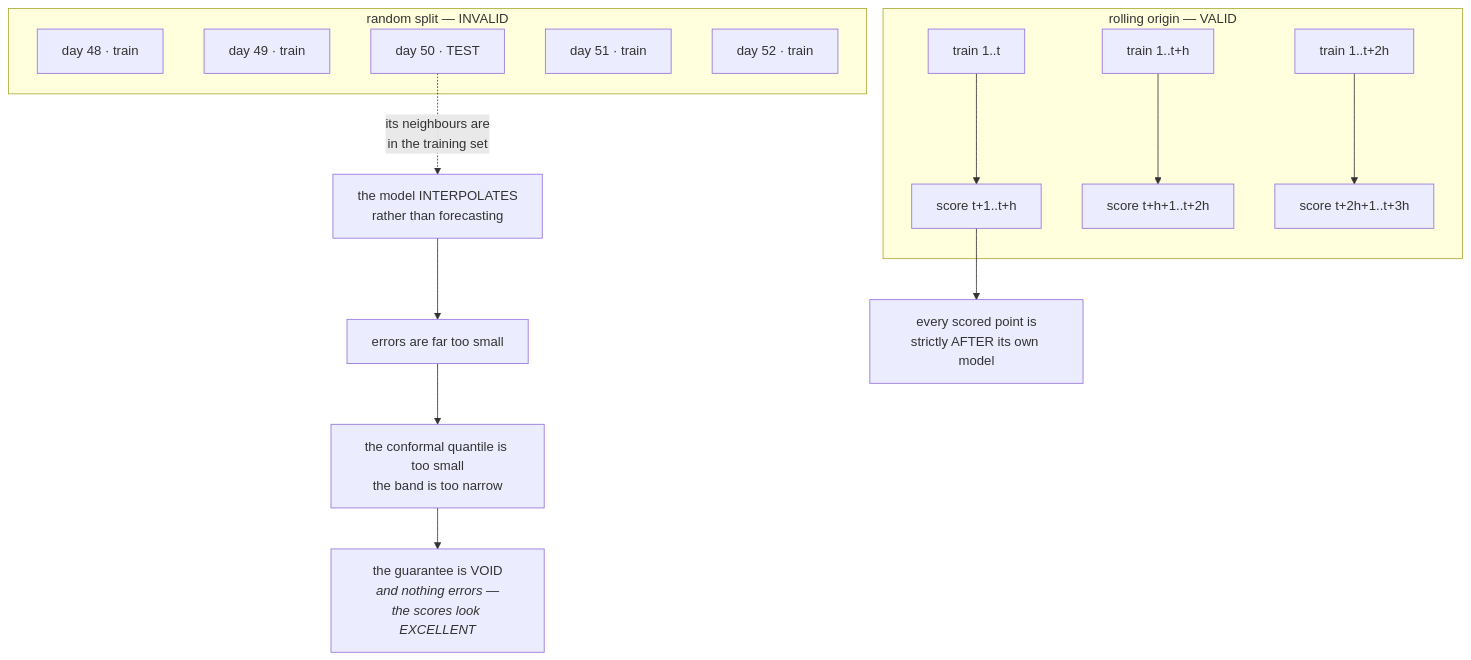
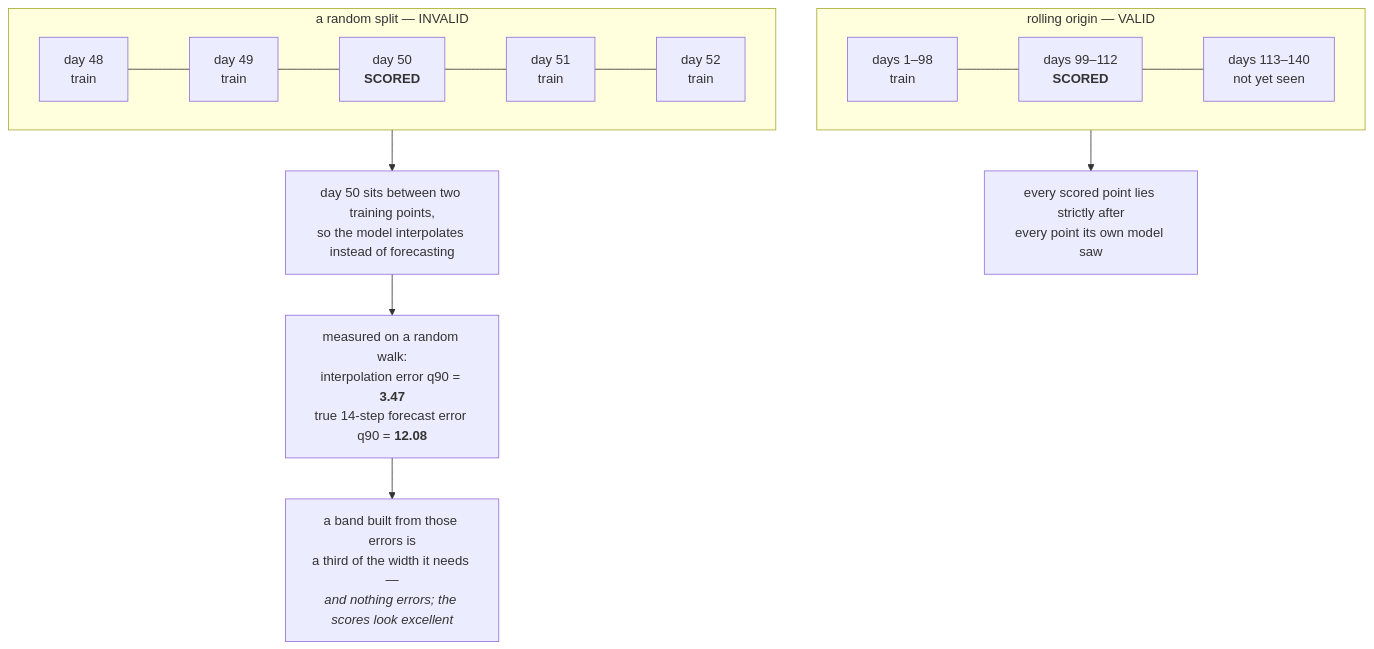
Before and after one commit to yrevash/aegis: the second of 5 diagrams in docs/teaching/forecast/40-diagrams.md, drawn with Mermaid. The commit also changed other lines of this file and 111 other files, not shown here.

````diff
--- a/docs/teaching/forecast/40-diagrams.md
+++ b/docs/teaching/forecast/40-diagrams.md
@@ -48,23 +52,18 @@
 ```mermaid
 flowchart TB
-    subgraph RAND["random split — INVALID"]
-        R1["day 48 · train"]
-        R2["day 49 · train"]
-        R3["day 50 · TEST"]
-        R4["day 51 · train"]
-        R5["day 52 · train"]
+    subgraph BAD["a random split — INVALID"]
+        direction LR
+        B1["day 48<br/>train"] --- B2["day 49<br/>train"] --- B3["day 50<br/><b>SCORED</b>"] --- B4["day 51<br/>train"] --- B5["day 52<br/>train"]
     end
 
-    R3 -.->|"its neighbours are<br/>in the training set"| INTERP["the model INTERPOLATES<br/>rather than forecasting"]
-    INTERP --> SMALL["errors are far too small"]
-    SMALL --> NARROW["the conformal quantile is too small<br/>the band is too narrow"]
-    NARROW --> VOID["the guarantee is VOID<br/><i>and nothing errors —<br/>the scores look EXCELLENT</i>"]
-
-    subgraph CHRONO["rolling origin — VALID"]
-        C1["train 1..t"] --> C2["score t+1..t+h"]
-        C3["train 1..t+h"] --> C4["score t+h+1..t+2h"]
-        C5["train 1..t+2h"] --> C6["score t+2h+1..t+3h"]
+    subgraph GOOD["rolling origin — VALID"]
+        direction LR
+        G1["days 1–98<br/>train"] --- G2["days 99–112<br/><b>SCORED</b>"] --- G3["days 113–140<br/>not yet seen"]
     end
 
-    C2 --> GOOD["every scored point is<br/>strictly AFTER its own model"]
+    BAD --> WHY["day 50 sits between two training points,<br/>so the model interpolates instead of forecasting"]
+    WHY --> NUM["measured on a random walk:<br/>interpolation error q90 = <b>3.47</b><br/>true 14-step forecast error q90 = <b>12.08</b>"]
+    NUM --> VOID["a band built from those errors is<br/>a third of the width it needs —<br/><i>and nothing errors; the scores look excellent</i>"]
+
+    GOOD --> OK["every scored point lies strictly after<br/>every point its own model saw"]
 ```
````
